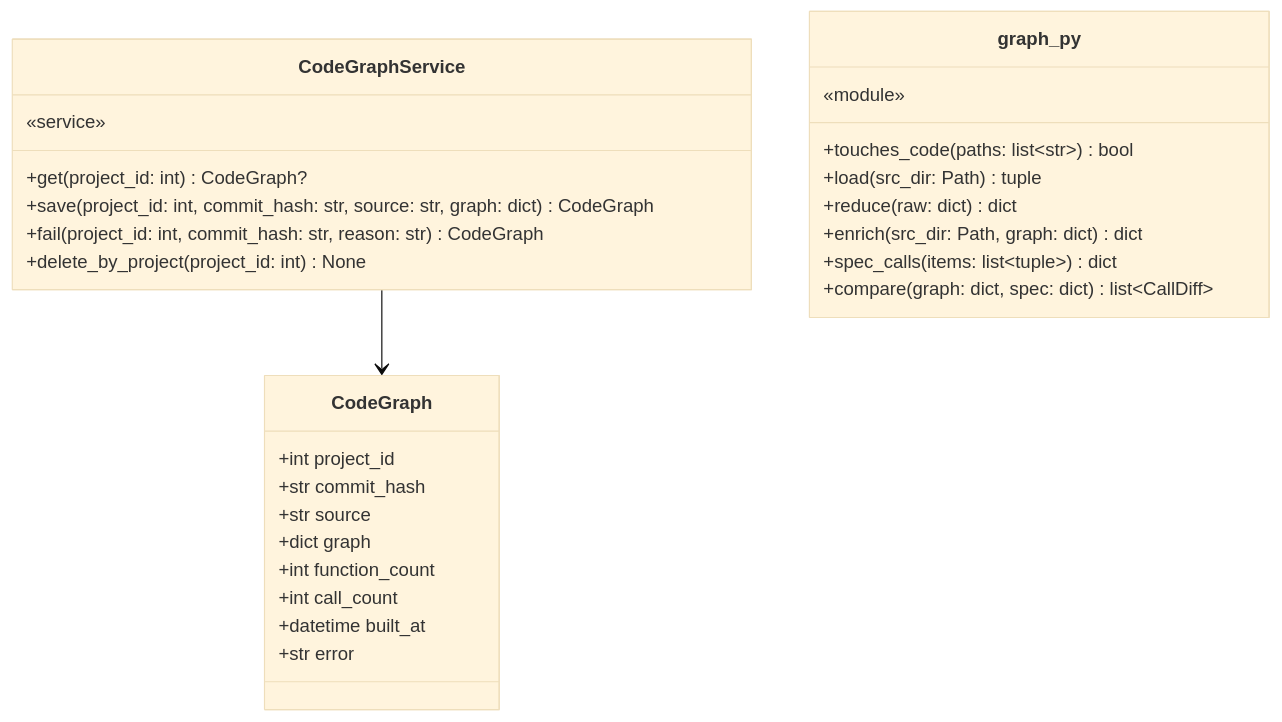
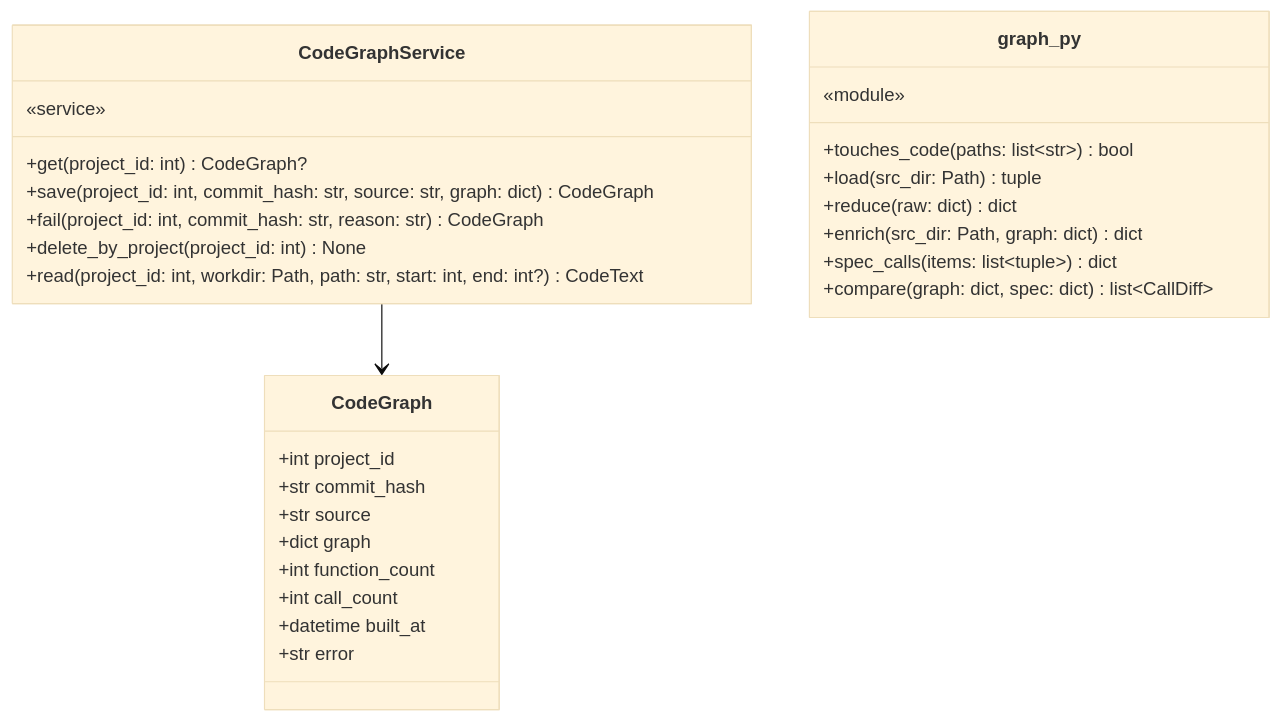
Diagram 22 of 22 in docs/specs/06-DOM/SYNC-DOM-002.md (HoyoungParkme/syncdoc), drawn with Mermaid (base theme) before and after one commit. The commit also changed other lines of this file, not shown here.

Commit message:
spec(SYNC-DOM-002): Code DTO · routers/code.py · queries 셋 · CodeGraphService.read

````diff
--- a/docs/specs/06-DOM/SYNC-DOM-002.md
+++ b/docs/specs/06-DOM/SYNC-DOM-002.md
@@ -1173,30 +1189,31 @@
 ```mermaid
 classDiagram
     class CodeGraphService {
         «service»
         +get(project_id: int) CodeGraph?
         +save(project_id: int, commit_hash: str, source: str, graph: dict) CodeGraph
         +fail(project_id: int, commit_hash: str, reason: str) CodeGraph
         +delete_by_project(project_id: int) None
+        +read(project_id: int, workdir: Path, path: str, start: int, end: int?) CodeText
     }
     class graph_py {
         «module»
         +touches_code(paths: list~str~) bool
         +load(src_dir: Path) tuple
         +reduce(raw: dict) dict
         +enrich(src_dir: Path, graph: dict) dict
         +spec_calls(items: list~tuple~) dict
         +compare(graph: dict, spec: dict) list~CallDiff~
     }
     class CodeGraph {
         +int project_id
         +str commit_hash
         +str source
         +dict graph
         +int function_count
         +int call_count
         +datetime built_at
         +str error
     }
     CodeGraphService --> CodeGraph
 ```
````
